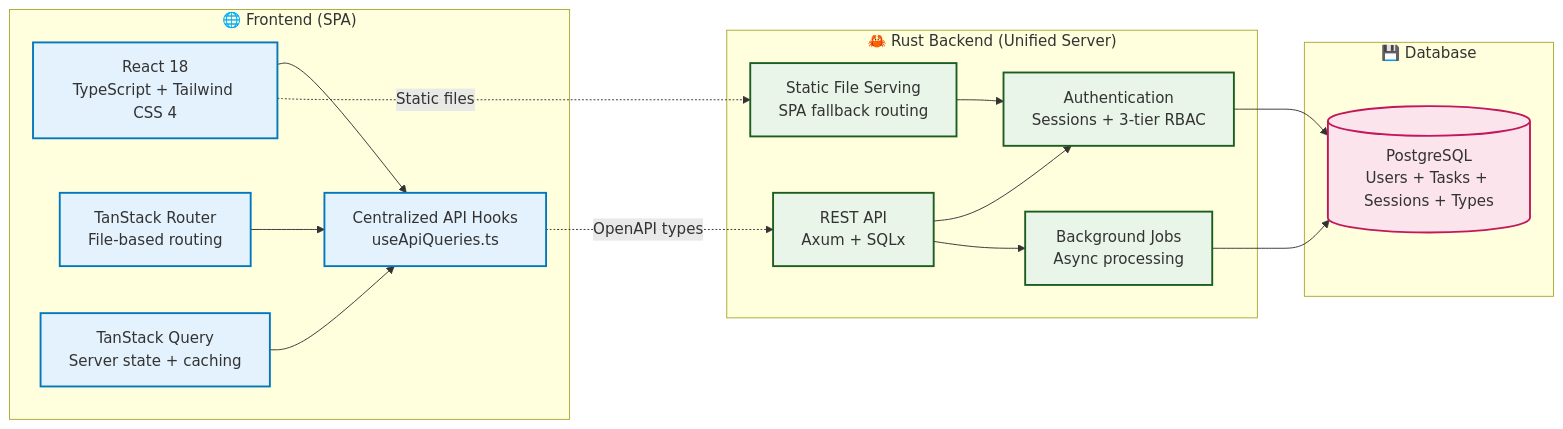
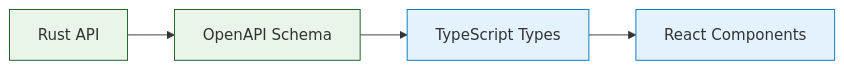
Before and after one commit to quanhua92/rust-fullstack-starter: the diagram in docs/README.md, drawn with Mermaid. The commit also changed other lines of this file and 49 other files, not shown here.

````diff
--- a/docs/README.md
+++ b/docs/README.md
@@ -174,40 +114,12 @@
 ```mermaid
 graph LR
-    subgraph "🌐 Frontend (SPA)"
-        REACT[React 18<br/>TypeScript + Tailwind CSS 4]
-        ROUTER[TanStack Router<br/>File-based routing]
-        STATE[TanStack Query<br/>Server state + caching]
-        HOOKS[Centralized API Hooks<br/>useApiQueries.ts]
-    end
+    RUST[Rust API] --> OPENAPI[OpenAPI Schema]
+    OPENAPI --> TYPES[TypeScript Types]
+    TYPES --> REACT[React Components]
     
-    subgraph "🦀 Rust Backend (Unified Server)"
-        API[REST API<br/>Axum + SQLx]
-        STATIC[Static File Serving<br/>SPA fallback routing]
-        AUTH[Authentication<br/>Sessions + 3-tier RBAC]
-        TASKS[Background Jobs<br/>Async processing]
-    end
+    classDef backend fill:#e8f5e8,stroke:#1b5e20
+    classDef frontend fill:#e3f2fd,stroke:#0277bd
     
-    subgraph "💾 Database"
-        POSTGRES[(PostgreSQL<br/>Users + Tasks + Sessions + Types)]
-    end
-    
-    REACT --> HOOKS
-    ROUTER --> HOOKS
-    STATE --> HOOKS
-    HOOKS -.->|OpenAPI types| API
-    REACT -.->|Static files| STATIC
-    
-    API --> AUTH
-    API --> TASKS
-    STATIC --> AUTH
-    AUTH --> POSTGRES
-    TASKS --> POSTGRES
-    
-    classDef frontend fill:#e3f2fd,stroke:#0277bd,stroke-width:2px
-    classDef backend fill:#e8f5e8,stroke:#1b5e20,stroke-width:2px
-    classDef database fill:#fce4ec,stroke:#c2185b,stroke-width:2px
-    
-    class REACT,ROUTER,STATE,HOOKS frontend
-    class API,STATIC,AUTH,TASKS backend
-    class POSTGRES database
+    class RUST,OPENAPI backend
+    class TYPES,REACT frontend
 ```
````
